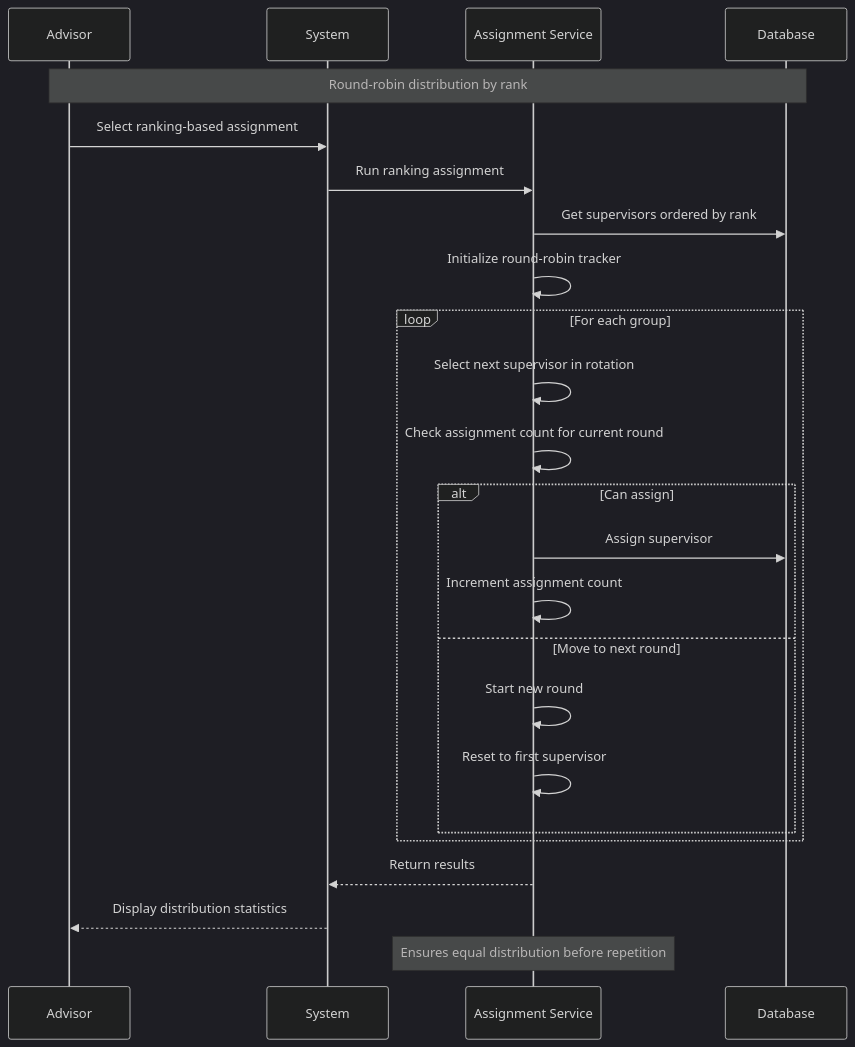
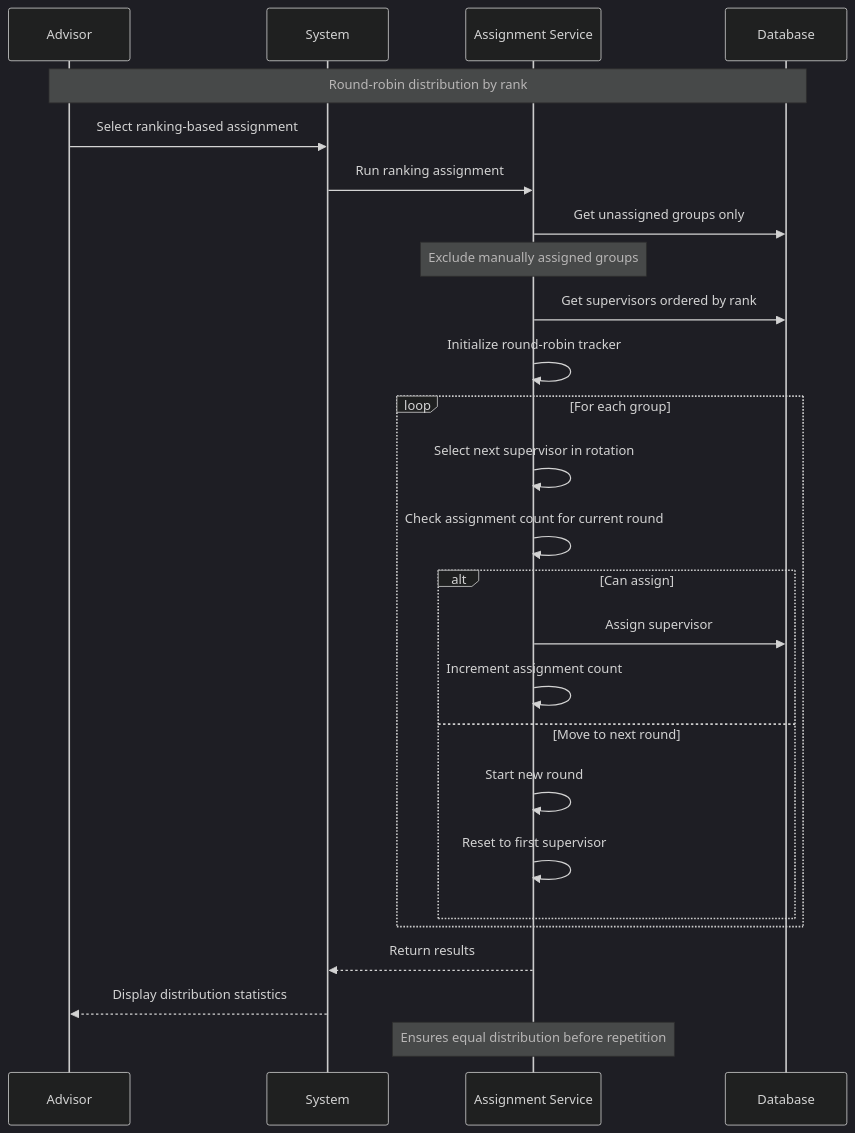
Diagram 21 of 35 in sequence-academic.md (abdullah2323442/thesisrepo-backup), drawn with Mermaid (dark theme) before and after one commit. The commit also changed other lines of this file, not shown here.

Commit message:
update sequence academic md

````diff
--- a/sequence-academic.md
+++ b/sequence-academic.md
@@ -613,33 +649,35 @@
 ```mermaid
 sequenceDiagram
     participant Advisor
     participant System
     participant Assignment Service
     participant Database
 
     Note over Advisor,Database: Round-robin distribution by rank
     
     Advisor->>System: Select ranking-based assignment
     System->>Assignment Service: Run ranking assignment
     
+    Assignment Service->>Database: Get unassigned groups only
+    Note over Assignment Service: Exclude manually assigned groups
     Assignment Service->>Database: Get supervisors ordered by rank
     Assignment Service->>Assignment Service: Initialize round-robin tracker
     
     loop For each group
         Assignment Service->>Assignment Service: Select next supervisor in rotation
         Assignment Service->>Assignment Service: Check assignment count for current round
         
         alt Can assign
             Assignment Service->>Database: Assign supervisor
             Assignment Service->>Assignment Service: Increment assignment count
         else Move to next round
             Assignment Service->>Assignment Service: Start new round
             Assignment Service->>Assignment Service: Reset to first supervisor
         end
     end
     
     Assignment Service-->>System: Return results
     System-->>Advisor: Display distribution statistics
     
     Note over Assignment Service: Ensures equal distribution before repetition
 ```
````
